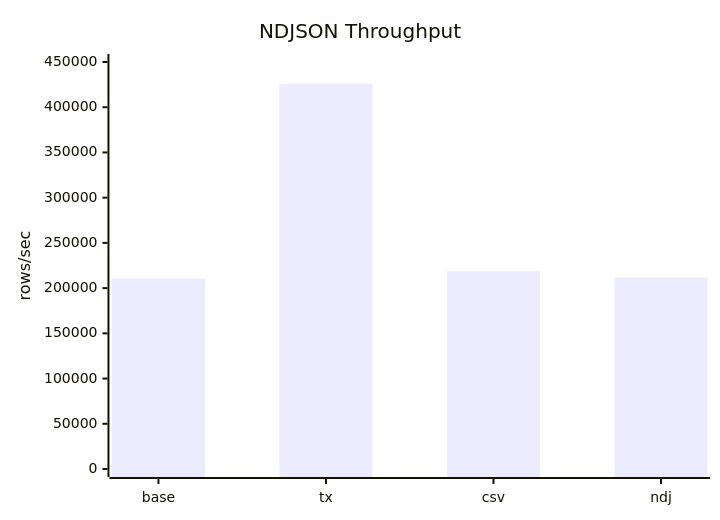
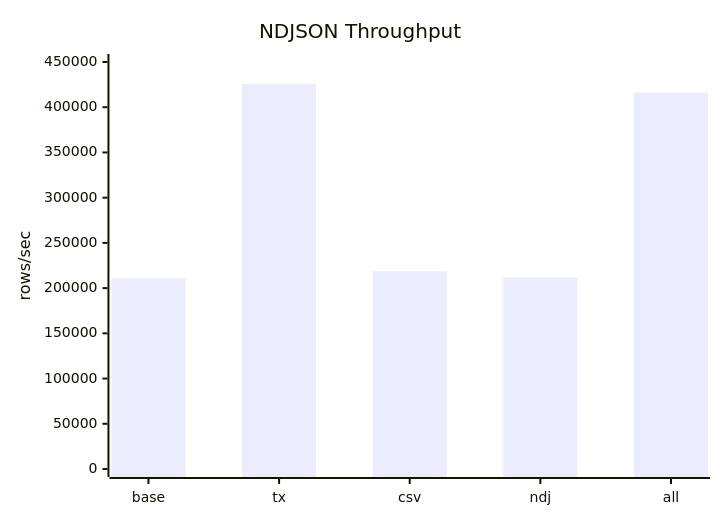
Before and after one commit to Raynhardt-Van-Zyl/noda-interview: the sixth of 6 diagrams in METRICS.md, drawn with Mermaid. The commit also changed other lines of this file, not shown here.

````diff
--- a/METRICS.md
+++ b/METRICS.md
@@ -109,7 +112,7 @@
 ```mermaid
 xychart-beta
     title "NDJSON Throughput"
-    x-axis ["base", "tx", "csv", "ndj"]
+    x-axis ["base", "tx", "csv", "ndj", "all"]
     y-axis "rows/sec" 0 --> 450000
-    bar [210861, 425854, 218718, 211743]
+    bar [210861, 425854, 218718, 211743, 416316]
 ```
````
